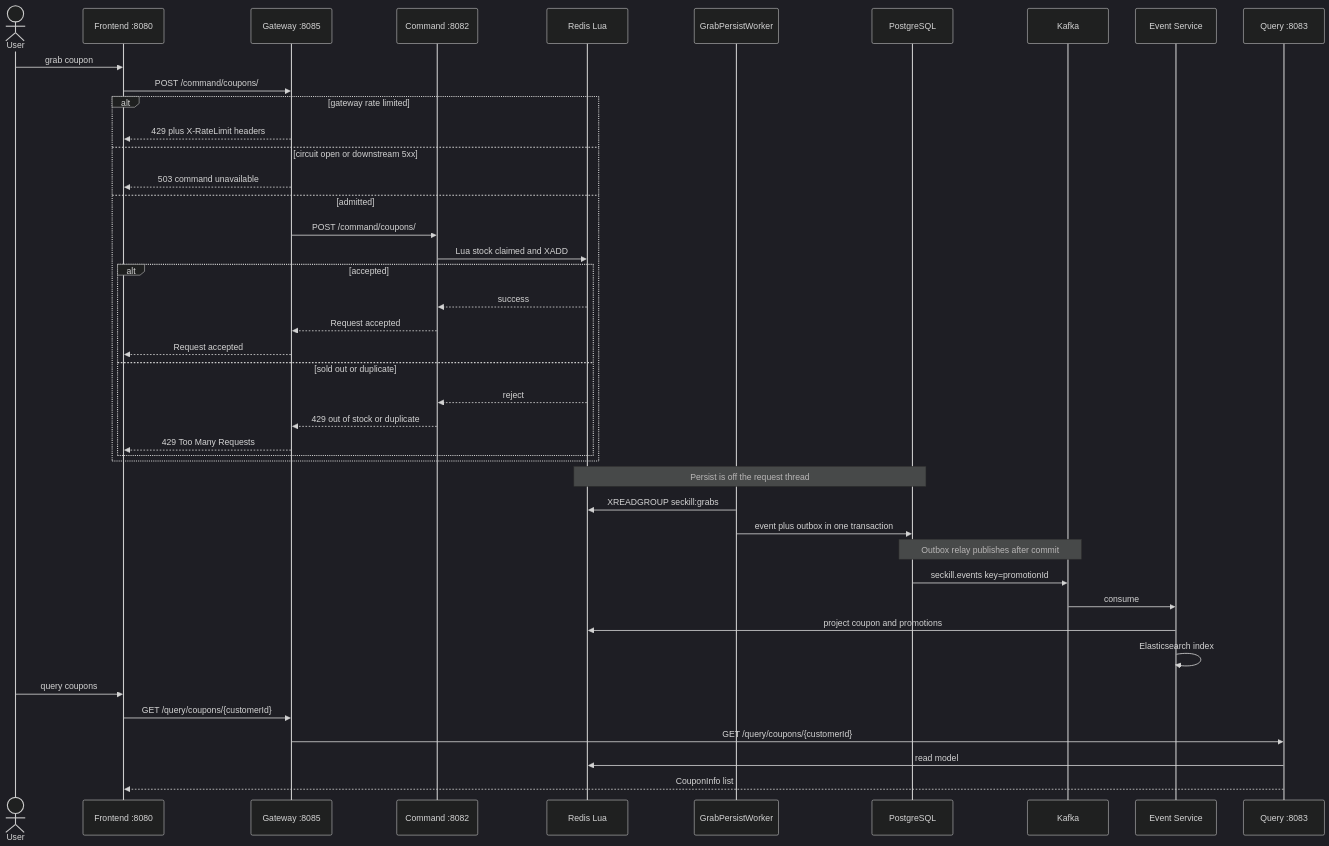
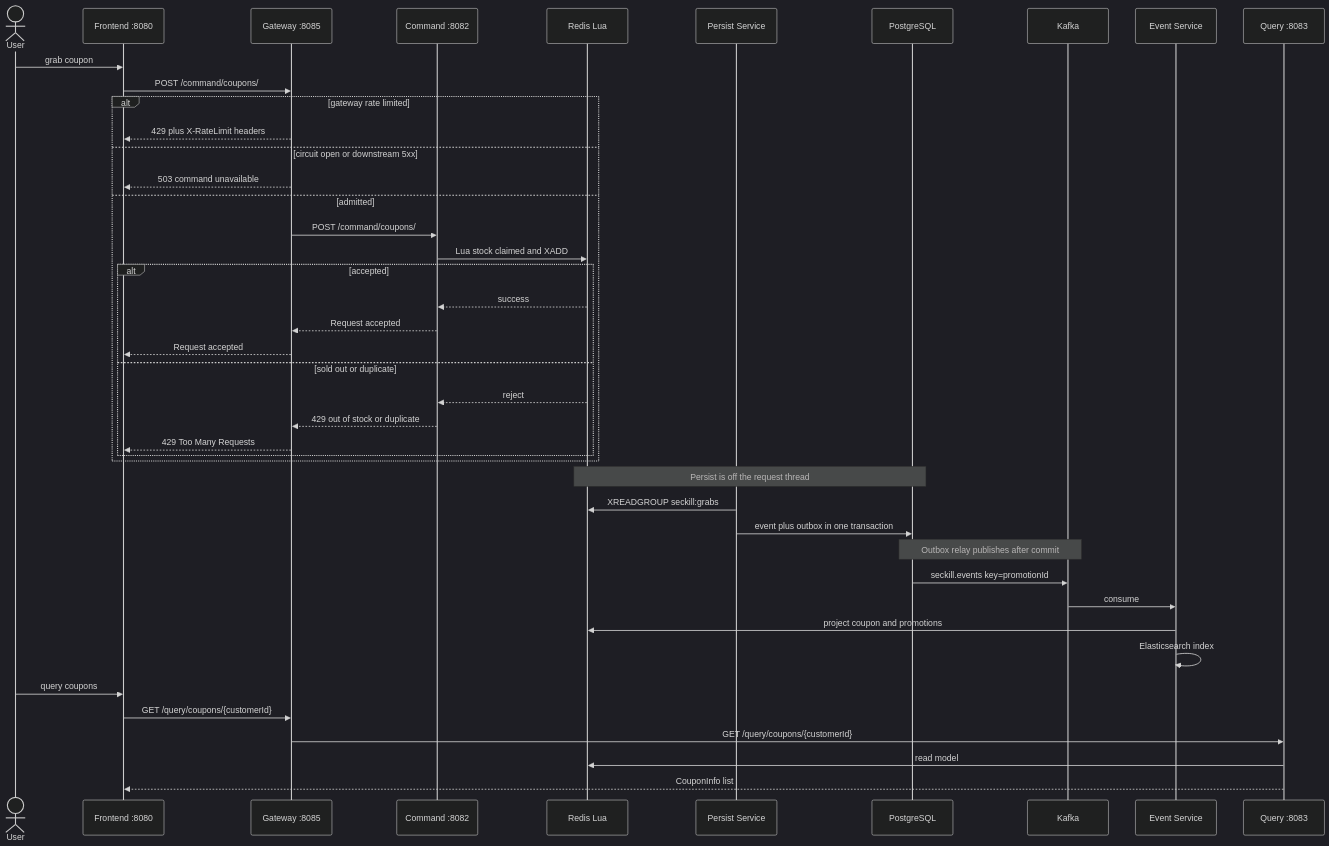
Before and after one commit to fanqingsong/seckill: the third of 3 diagrams in README.md, drawn with Mermaid (dark theme). The commit also changed other lines of this file and 13 other files, not shown here.

First line of the commit message:
Move grab persistence into its own service.

````diff
--- a/README.md
+++ b/README.md
@@ -108,48 +109,48 @@
 ```mermaid
 sequenceDiagram
   actor User
   participant FE as Frontend :8080
   participant GW as Gateway :8085
   participant Cmd as Command :8082
   participant Redis as Redis Lua
-  participant Worker as GrabPersistWorker
+  participant Persist as Persist Service
   participant PG as PostgreSQL
   participant Kafka as Kafka
   participant Event as Event Service
   participant Query as Query :8083
 
   User->>FE: grab coupon
   FE->>GW: POST /command/coupons/
   alt gateway rate limited
     GW-->>FE: 429 plus X-RateLimit headers
   else circuit open or downstream 5xx
     GW-->>FE: 503 command unavailable
   else admitted
     GW->>Cmd: POST /command/coupons/
     Cmd->>Redis: Lua stock claimed and XADD
     alt accepted
       Redis-->>Cmd: success
       Cmd-->>GW: Request accepted
       GW-->>FE: Request accepted
     else sold out or duplicate
       Redis-->>Cmd: reject
       Cmd-->>GW: 429 out of stock or duplicate
       GW-->>FE: 429 Too Many Requests
     end
   end
 
   Note over Redis,PG: Persist is off the request thread
-  Worker->>Redis: XREADGROUP seckill:grabs
-  Worker->>PG: event plus outbox in one transaction
+  Persist->>Redis: XREADGROUP seckill:grabs
+  Persist->>PG: event plus outbox in one transaction
   Note over PG,Kafka: Outbox relay publishes after commit
   PG->>Kafka: seckill.events key=promotionId
   Kafka->>Event: consume
   Event->>Redis: project coupon and promotions
   Event->>Event: Elasticsearch index
 
   User->>FE: query coupons
   FE->>GW: GET /query/coupons/{customerId}
   GW->>Query: GET /query/coupons/{customerId}
   Query->>Redis: read model
   Query-->>FE: CouponInfo list
 ```
````
